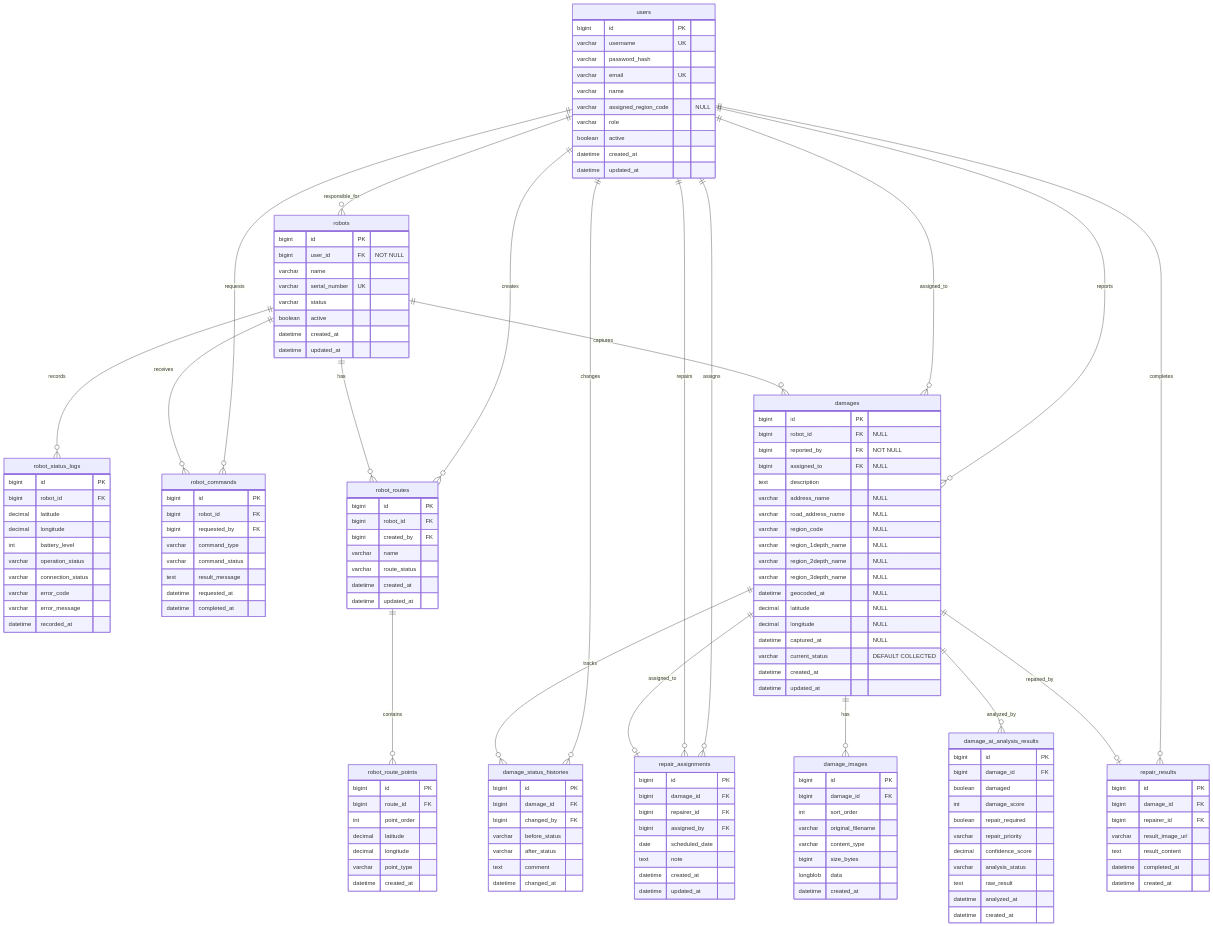
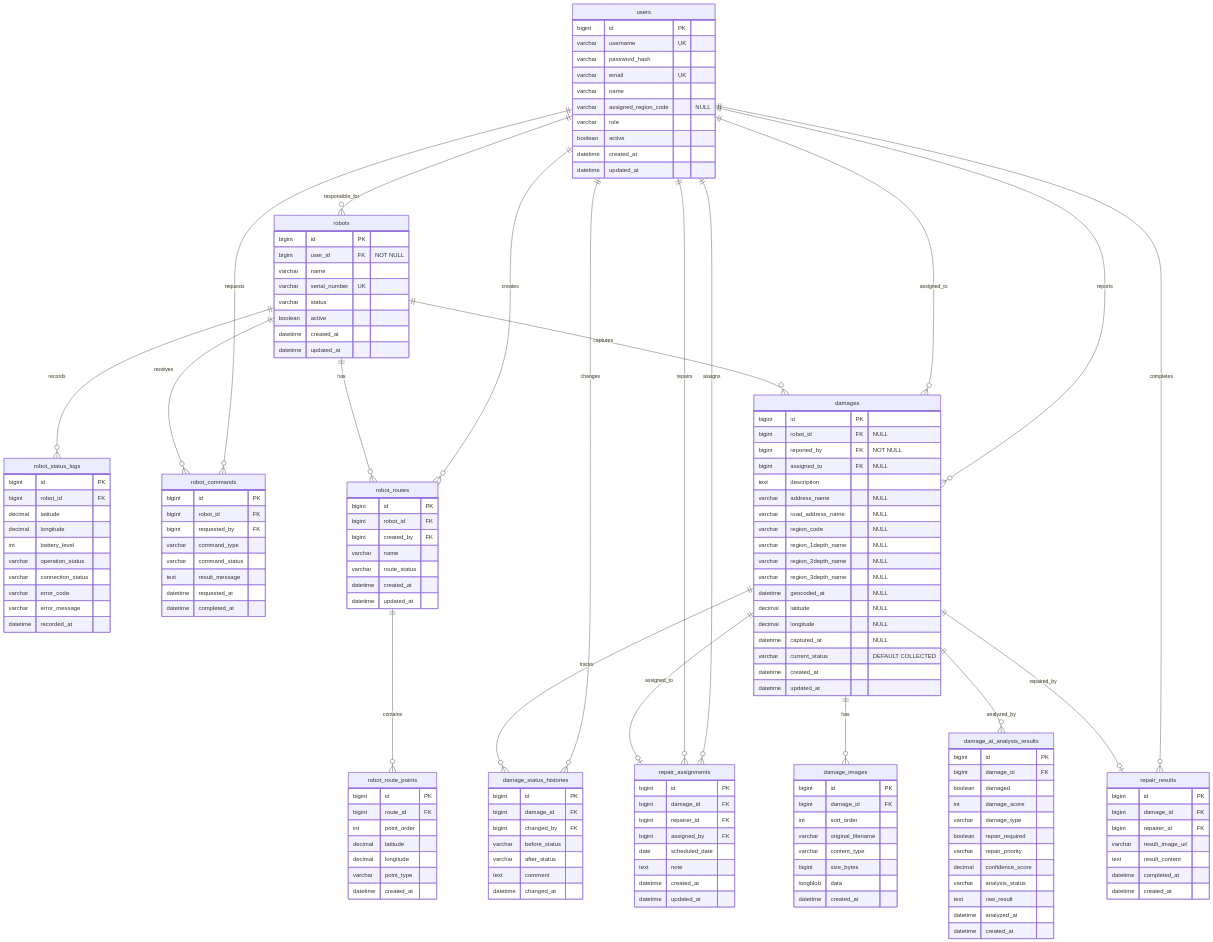
Before and after one commit to kky107102/Roady: the diagram in Roady_BE/docs/erd.md, drawn with Mermaid. The commit also changed other lines of this file and 30 other files, not shown here.

```diff
--- a/Roady_BE/docs/erd.md
+++ b/Roady_BE/docs/erd.md
@@ -151,6 +151,7 @@
         bigint damage_id FK
         boolean damaged
         int damage_score
+        varchar damage_type
         boolean repair_required
         varchar repair_priority
         decimal confidence_score
```
